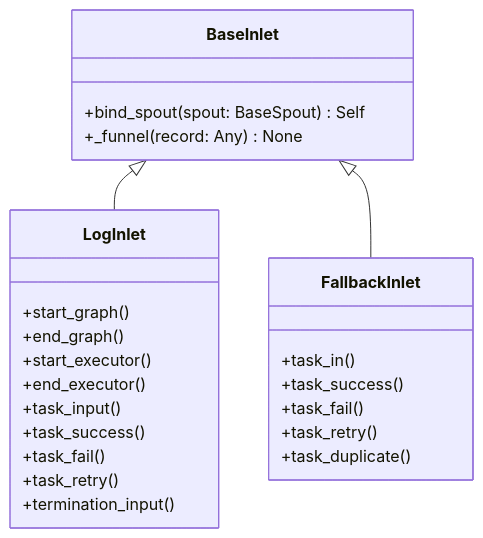
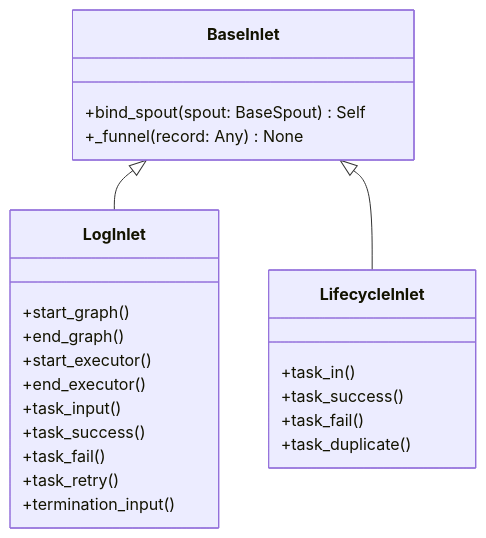
The diagram in docs/zh-CN/src/funnel/core_inlet.md (Mr-xiaotian/CelestialFlow), drawn with Mermaid before and after one commit. The commit also changed other lines of this file and 71 other files, not shown here.

````diff
--- a/docs/zh-CN/src/funnel/core_inlet.md
+++ b/docs/zh-CN/src/funnel/core_inlet.md
@@ -67,27 +67,26 @@
 ```mermaid
 classDiagram
     class BaseInlet {
         +bind_spout(spout: BaseSpout) Self
         +_funnel(record: Any) None
     }
     class LogInlet {
         +start_graph()
         +end_graph()
         +start_executor()
         +end_executor()
         +task_input()
         +task_success()
         +task_fail()
         +task_retry()
         +termination_input()
     }
-    class FallbackInlet {
+    class LifecycleInlet {
         +task_in()
         +task_success()
         +task_fail()
-        +task_retry()
         +task_duplicate()
     }
     BaseInlet <|-- LogInlet
-    BaseInlet <|-- FallbackInlet
+    BaseInlet <|-- LifecycleInlet
 ```
````
